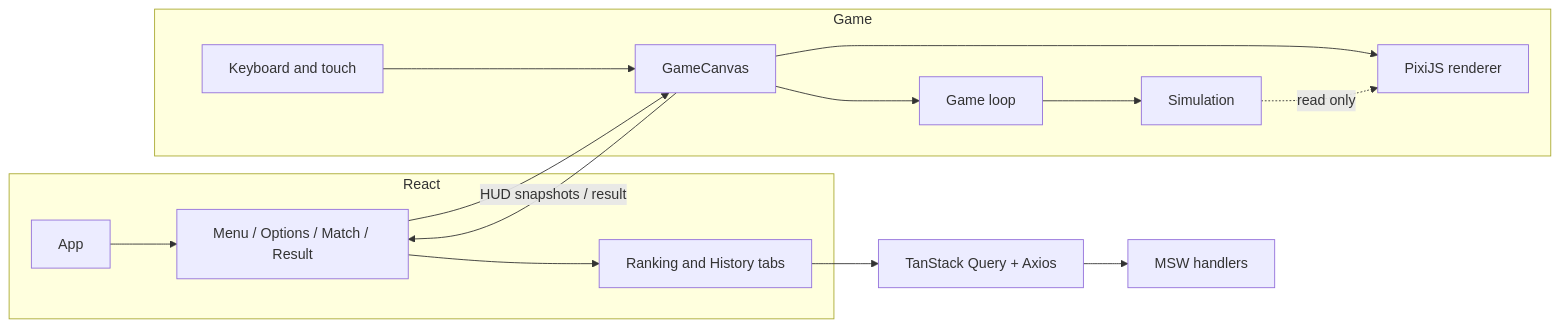
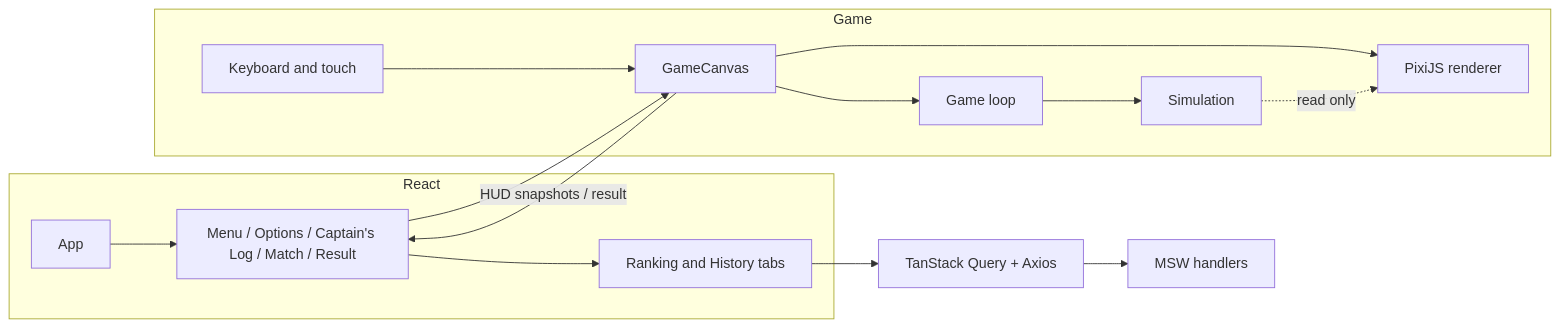
One commit to calvinst/pirate-battle-challenge changed the diagram in pirate-battle-challenge/ARCHITECTURE.md. Above: the diagram before and after it, drawn with Mermaid. The commit also changed other lines of this file and 22 other files, not shown here.

````diff
--- a/pirate-battle-challenge/ARCHITECTURE.md
+++ b/pirate-battle-challenge/ARCHITECTURE.md
@@ -7,18 +7,18 @@
 ```mermaid
 flowchart LR
   subgraph React
-    App --> Screens[Menu / Options / Match / Result]
+    App --> Screens["Menu / Options / Captain's Log / Match / Result"]
     Screens --> Tabs[Ranking and History tabs]
   end
   subgraph Game
     Canvas[GameCanvas] --> Loop[Game loop]
     Loop --> Sim[Simulation]
     Canvas --> Renderer[PixiJS renderer]
     Input[Keyboard and touch] --> Canvas
     Sim -. read only .-> Renderer
   end
   Screens --> Canvas
   Canvas -- HUD snapshots / result --> Screens
   Tabs --> Query[TanStack Query + Axios]
   Query --> MSW[MSW handlers]
 ```
````
